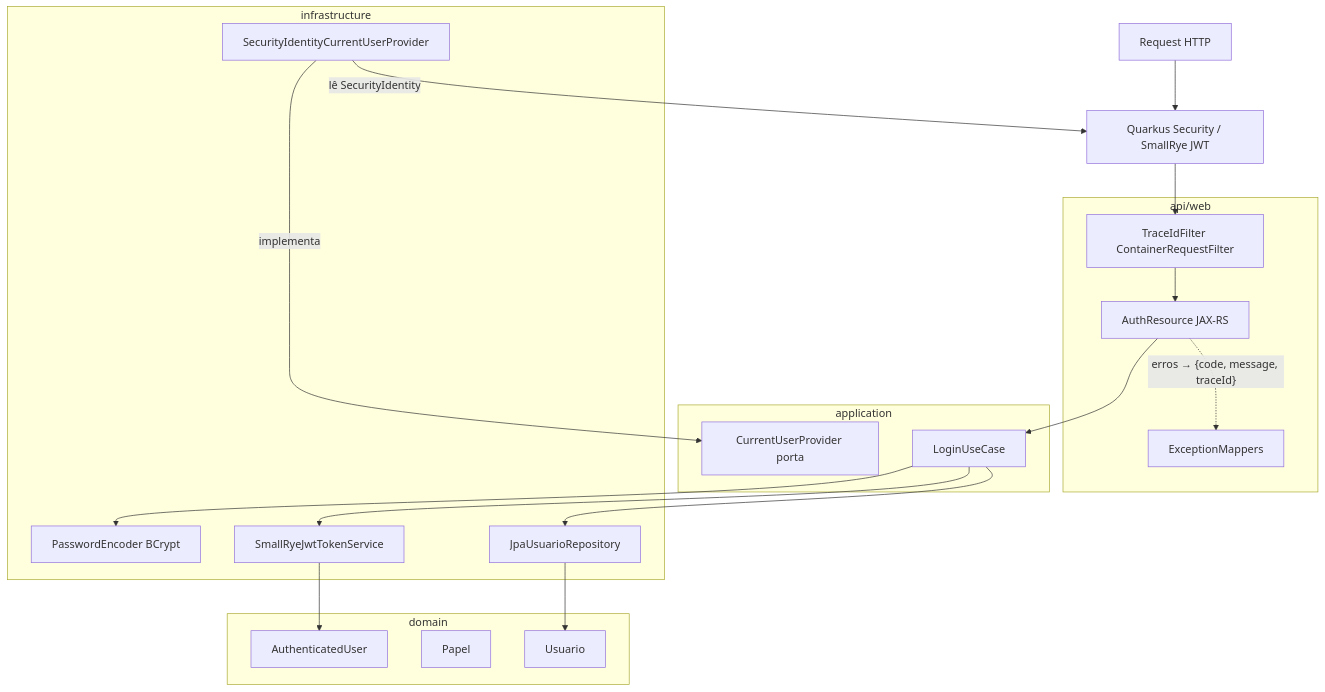
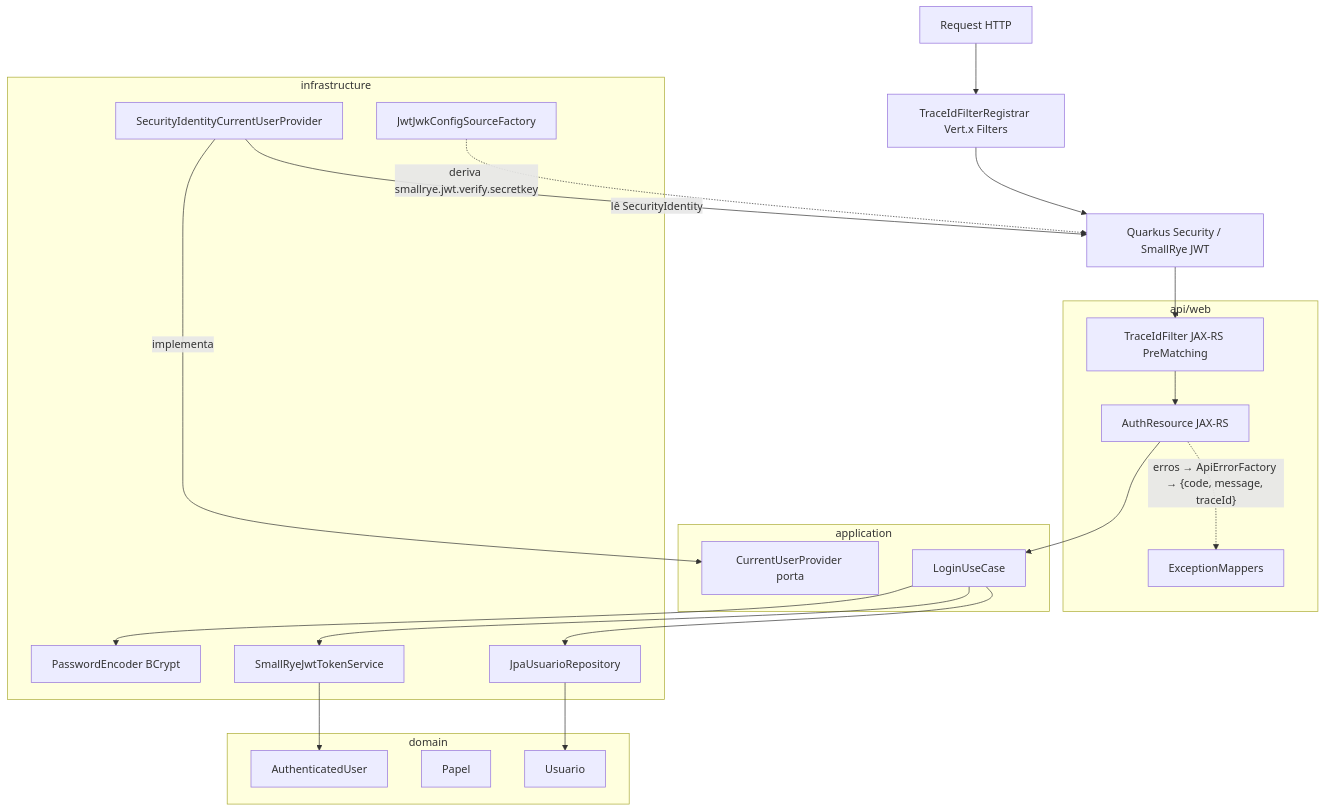
Before and after one commit to thiagohaf/adjt-fase4-feedback: the diagram in openspec/modules/01-autenticacao-e-papeis/design.md, drawn with Mermaid. The commit also changed other lines of this file, not shown here.

First line of the commit message:
docs(openspec): alinha design do módulo 01 às divergências Quarkus

````diff
--- a/openspec/modules/01-autenticacao-e-papeis/design.md
+++ b/openspec/modules/01-autenticacao-e-papeis/design.md
@@ -16,32 +16,35 @@
 ```mermaid
 flowchart TB
-  REQ[Request HTTP] --> QS[Quarkus Security / SmallRye JWT]
+  REQ[Request HTTP] --> VX[TraceIdFilterRegistrar Vert.x Filters]
+  VX --> QS[Quarkus Security / SmallRye JWT]
   QS --> TF
   subgraph api [api/web]
-    TF[TraceIdFilter ContainerRequestFilter] --> AC[AuthResource JAX-RS]
-    AC -. "erros → {code, message, traceId}" .-> EH[ExceptionMappers]
+    TF[TraceIdFilter JAX-RS PreMatching] --> AC[AuthResource JAX-RS]
+    AC -. "erros → ApiErrorFactory → {code, message, traceId}" .-> EH[ExceptionMappers]
   end
   subgraph application [application]
     LU[LoginUseCase]
     CP[CurrentUserProvider porta]
   end
   subgraph domain [domain]
     U[Usuario]
     R[Papel]
     AU[AuthenticatedUser]
   end
   subgraph infrastructure [infrastructure]
     UR[JpaUsuarioRepository]
     TS[SmallRyeJwtTokenService]
     PC[PasswordEncoder BCrypt]
     SI[SecurityIdentityCurrentUserProvider]
+    JK[JwtJwkConfigSourceFactory]
   end
   AC --> LU
   LU --> UR
   LU --> TS
   LU --> PC
   UR --> U
   TS --> AU
+  JK -.->|deriva smallrye.jwt.verify.secretkey| QS
   SI -->|lê SecurityIdentity| QS
   SI -->|implementa| CP
 ```
````
